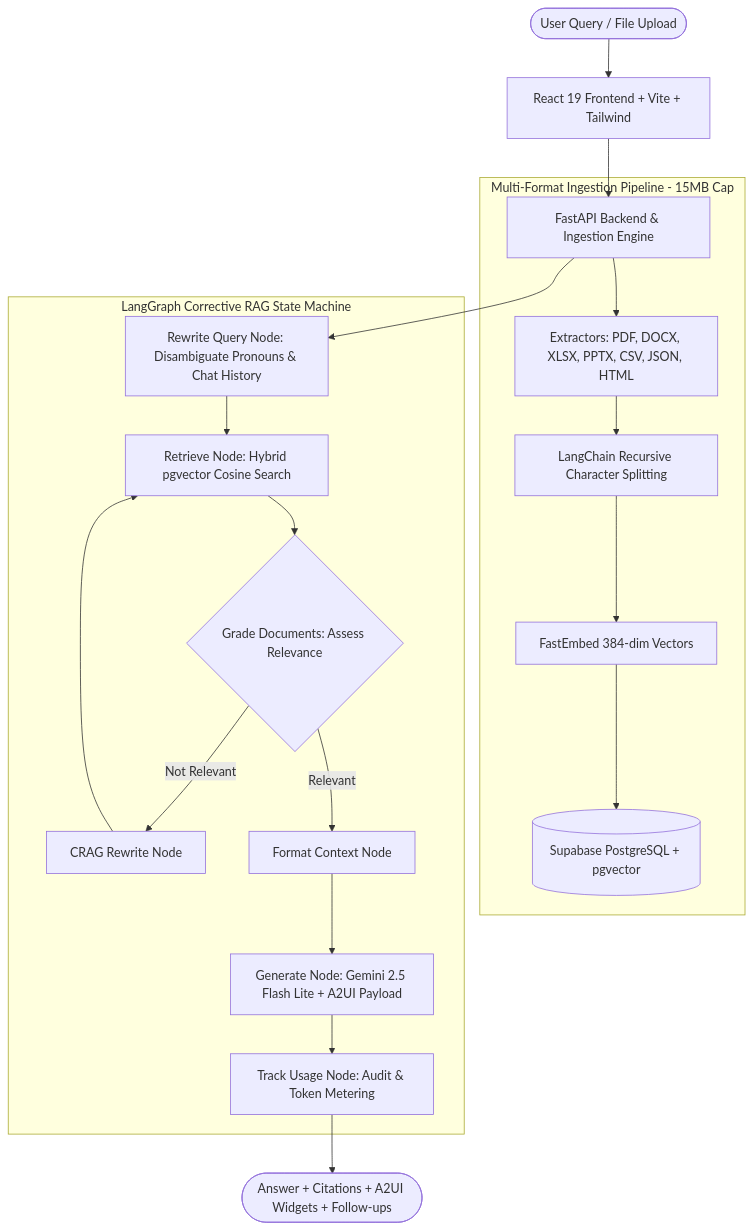
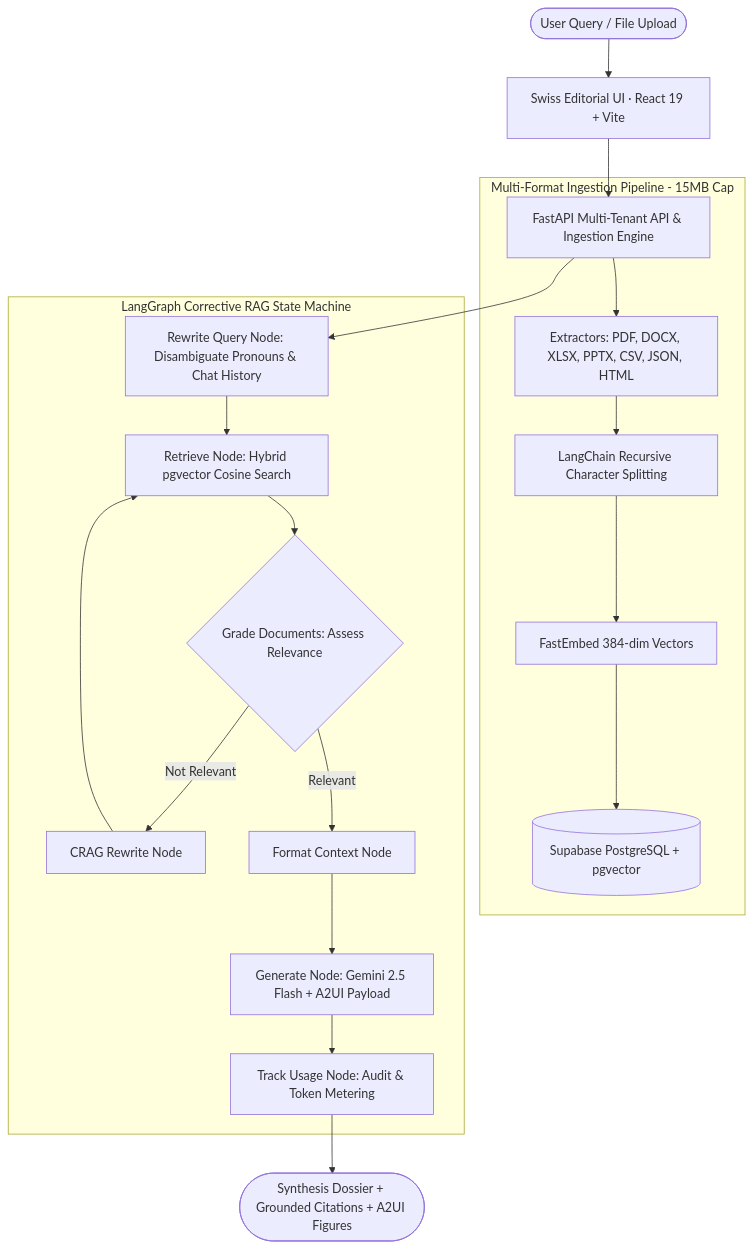
One commit to madalapranavsai/RAG1 changed the diagram in README.md. Above: the diagram before and after it, drawn with Mermaid. The commit also changed other lines of this file and 19 other files, not shown here.

Commit message:
feat(ui): overhaul to Swiss & Archival Editorial design, add PR Lens architecture, and upgrade README

````diff
--- a/README.md
+++ b/README.md
@@ -11,25 +24,25 @@
 ```mermaid
 flowchart TD
-    User([User Query / File Upload]) --> UI[React 19 Frontend + Vite + Tailwind]
-    UI --> API[FastAPI Backend & Ingestion Engine]
+    User([User Query / File Upload]) --> UI[Swiss Editorial UI · React 19 + Vite]
+    UI --> API[FastAPI Multi-Tenant API & Ingestion Engine]
     
     subgraph Ingestion [Multi-Format Ingestion Pipeline - 15MB Cap]
         API --> Extractor[Extractors: PDF, DOCX, XLSX, PPTX, CSV, JSON, HTML]
         Extractor --> Chunker[LangChain Recursive Character Splitting]
         Chunker --> Embedder[FastEmbed 384-dim Vectors]
         Embedder --> VectorDB[(Supabase PostgreSQL + pgvector)]
     end
 
     subgraph StateGraph [LangGraph Corrective RAG State Machine]
         API --> QNode[Rewrite Query Node: Disambiguate Pronouns & Chat History]
         QNode --> RetNode[Retrieve Node: Hybrid pgvector Cosine Search]
         RetNode --> GradeNode{Grade Documents: Assess Relevance}
         GradeNode -- Not Relevant --> TransformNode[CRAG Rewrite Node]
         TransformNode --> RetNode
         GradeNode -- Relevant --> FmtNode[Format Context Node]
-        FmtNode --> GenNode[Generate Node: Gemini 2.5 Flash Lite + A2UI Payload]
+        FmtNode --> GenNode[Generate Node: Gemini 2.5 Flash + A2UI Payload]
         GenNode --> TrackNode[Track Usage Node: Audit & Token Metering]
     end
 
-    TrackNode --> Output([Answer + Citations + A2UI Widgets + Follow-ups])
+    TrackNode --> Output([Synthesis Dossier + Grounded Citations + A2UI Figures])
 ```
````
